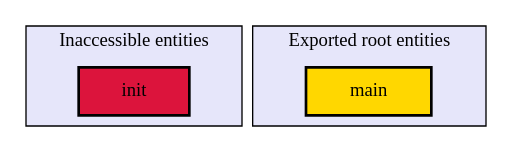
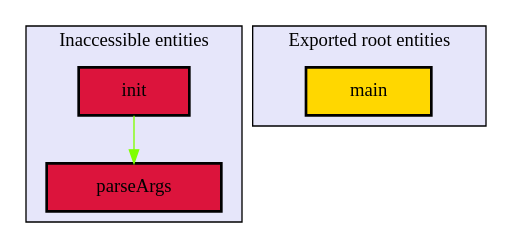
One commit to SamLex/TheCodeOfLife changed the diagram in SourceGraph/graphs/Main_levels.dot. Above: the diagram before and after it, drawn with Graphviz. The commit also changed 28 other files, not shown here.

```diff
--- a/SourceGraph/graphs/Main_levels.dot
+++ b/SourceGraph/graphs/Main_levels.dot
@@ -1,22 +1,28 @@
 digraph "Levels within Main" {
     node [margin="0.4,0.1"
          ,style=filled];
     subgraph "cluster_-1" {
         graph [label="Inaccessible entities"
               ,style=filled
               ,fillcolor=lavender];
         1 [label=init
+          ,shape=box
+          ,fillcolor=crimson
+          ,style="filled,bold"];
+        3 [label=parseArgs
           ,shape=box
           ,fillcolor=crimson
           ,style="filled,bold"];
     }
     subgraph cluster_0 {
         graph [label="Exported root entities"
               ,style=filled
               ,fillcolor=lavender];
         2 [label=main
           ,shape=box
           ,fillcolor=gold
           ,style="filled,bold"];
     }
+    1 -> 3 [penwidth=1
+           ,color=chartreuse];
 }
```
